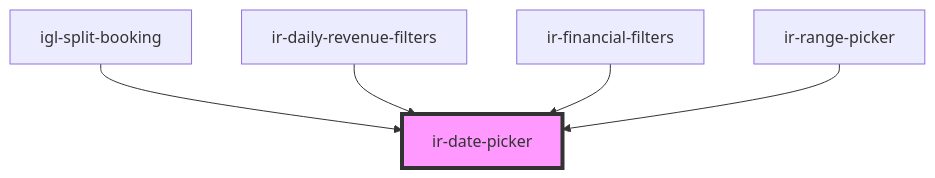
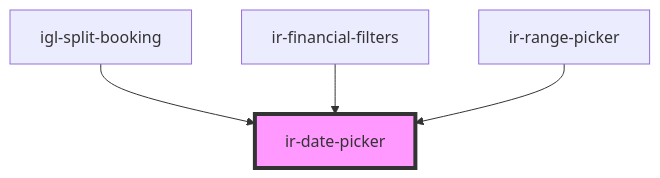
The diagram in src/components/ui/ir-date-picker/readme.md (RonyRizk/ir-webcmp), drawn with Mermaid before and after one commit. The commit also changed other lines of this file and 16 other files, not shown here.

Commit message:
Update the Daily report revenue screen to accept from,to dates

````diff
--- a/src/components/ui/ir-date-picker/readme.md
+++ b/src/components/ui/ir-date-picker/readme.md
@@ -73,8 +72,7 @@
 ```mermaid
 graph TD;
   igl-split-booking --> ir-date-picker
-  ir-daily-revenue-filters --> ir-date-picker
   ir-financial-filters --> ir-date-picker
   ir-range-picker --> ir-date-picker
   style ir-date-picker fill:#f9f,stroke:#333,stroke-width:4px
 ```
````
